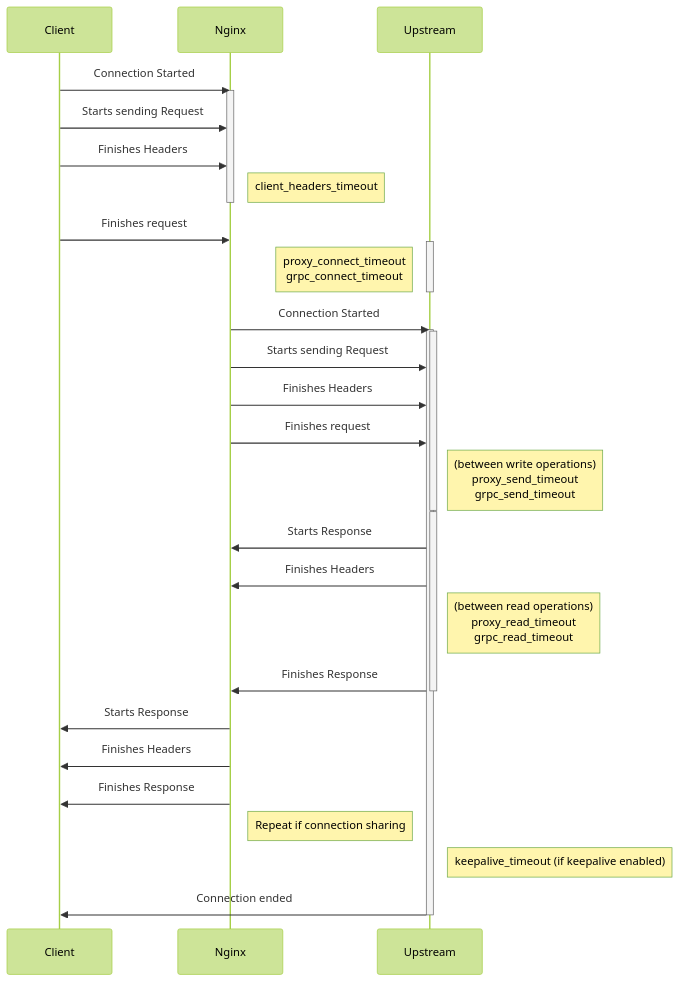
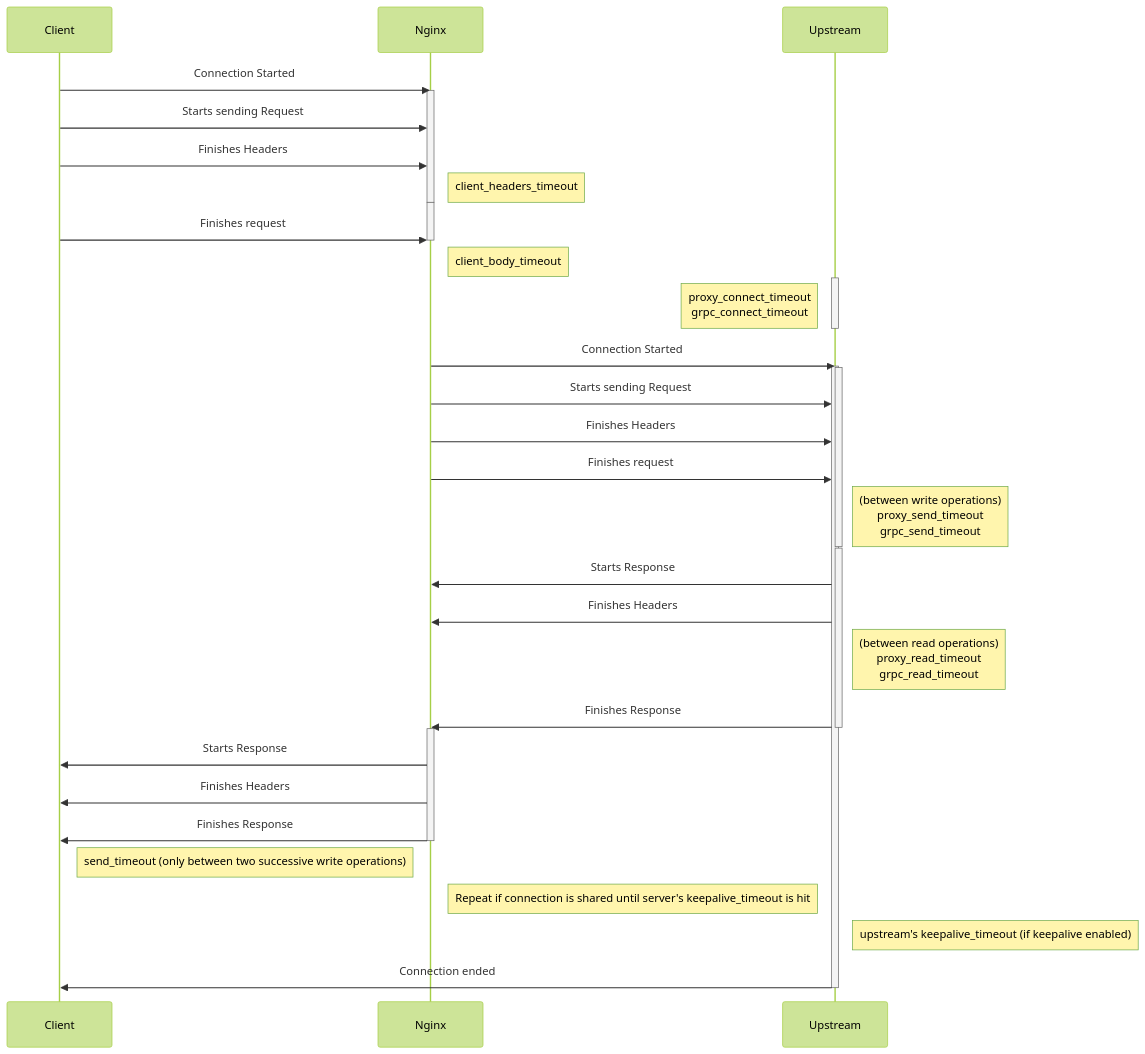
One commit to kubernetes-sigs/gateway-api changed the third of 6 diagrams in geps/gep-1742.md. Above: the diagram before and after it, drawn with Mermaid (forest theme).

Commit message:
Update gep-1742.md to add more Nginx's timeout settings
according to the suggestion in https://github.com/kubernetes-sigs/gateway-api/pull/2117#pullrequestreview-1484544095

````diff
--- a/geps/gep-1742.md
+++ b/geps/gep-1742.md
@@ -158,37 +158,43 @@
 ```mermaid
 sequenceDiagram
     participant C as Client
     participant P as Nginx
     participant U as Upstream
     C->>P: Connection Started
     activate P
     C->>P: Starts sending Request
     C->>P: Finishes Headers
     Note right of P: client_headers_timeout
     deactivate P
+    activate P
     C->>P: Finishes request
+    deactivate P
+    Note right of P: client_body_timeout
     activate U
     note left of U: proxy_connect_timeout<br/>grpc_connect_timeout
     deactivate U
     P->>U: Connection Started
     Activate U
 	  Activate U
     P->>U: Starts sending Request
     P->>U: Finishes Headers
 		P->>U: Finishes request
     Note right of U: (between write operations)<br/>proxy_send_timeout<br/>grpc_send_timeout
     deactivate U
 		activate U
     U->>P: Starts Response
     U->>P: Finishes Headers
         Note right of U: (between read operations)<br/>proxy_read_timeout<br/>grpc_read_timeout
     U->>P: Finishes Response
     deactivate U
+    activate P
     P->>C: Starts Response
     P->>C: Finishes Headers
     P->>C: Finishes Response
-    Note right of P: Repeat if connection sharing
-    Note Right of U: keepalive_timeout (if keepalive enabled)
+    deactivate P
+    Note left of P: send_timeout (only between two successive write operations)
+    Note right of P: Repeat if connection is shared until server's keepalive_timeout is hit
+    Note Right of U: upstream's keepalive_timeout (if keepalive enabled)
     U->>C: Connection ended
 		deactivate U
 ```
````
